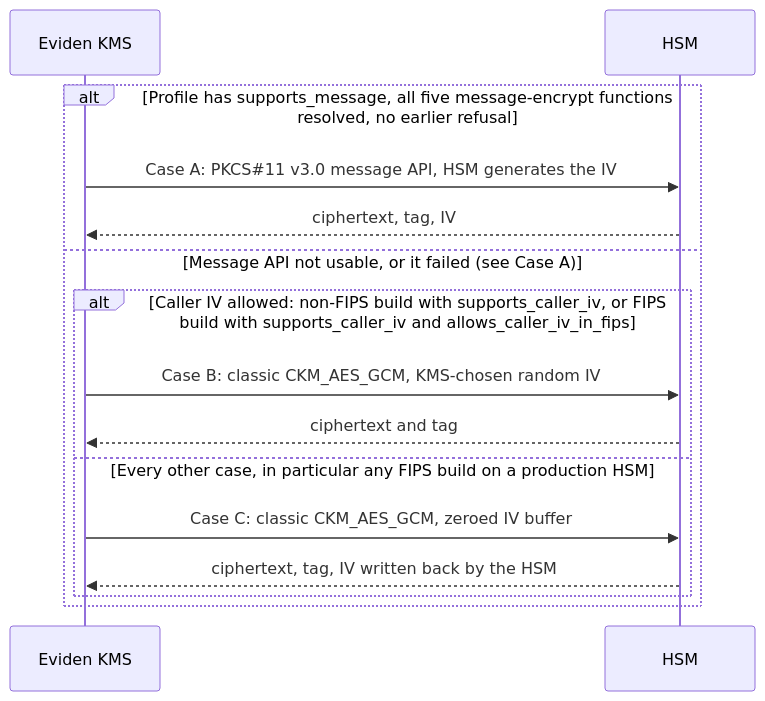
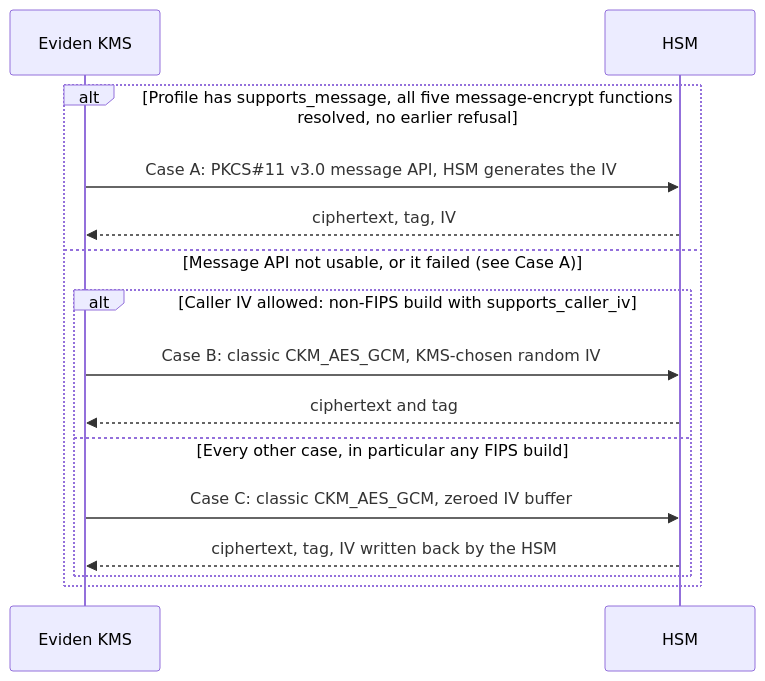
Before and after one commit to Cosmian/kms: the first of 6 diagrams in documentation/docs/hsm_support/hsm_aes_gcm_iv.md, drawn with Mermaid. The commit also changed other lines of this file and 56 other files, not shown here.

````diff
--- a/documentation/docs/hsm_support/hsm_aes_gcm_iv.md
+++ b/documentation/docs/hsm_support/hsm_aes_gcm_iv.md
@@ -52,17 +52,17 @@
 ```mermaid
 sequenceDiagram
     participant Kms as Eviden KMS
     participant Hsm as HSM
     alt Profile has supports_message, all five message-encrypt functions resolved, no earlier refusal
         Kms->>Hsm: Case A: PKCS#35;11 v3.0 message API, HSM generates the IV
         Hsm-->>Kms: ciphertext, tag, IV
     else Message API not usable, or it failed (see Case A)
-        alt Caller IV allowed: non-FIPS build with supports_caller_iv, or FIPS build with supports_caller_iv and allows_caller_iv_in_fips
+        alt Caller IV allowed: non-FIPS build with supports_caller_iv
             Kms->>Hsm: Case B: classic CKM_AES_GCM, KMS-chosen random IV
             Hsm-->>Kms: ciphertext and tag
-        else Every other case, in particular any FIPS build on a production HSM
+        else Every other case, in particular any FIPS build
             Kms->>Hsm: Case C: classic CKM_AES_GCM, zeroed IV buffer
             Hsm-->>Kms: ciphertext, tag, IV written back by the HSM
         end
     end
 ```
````
